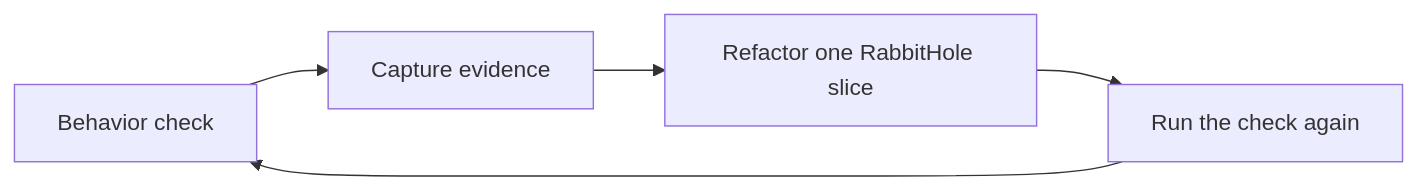
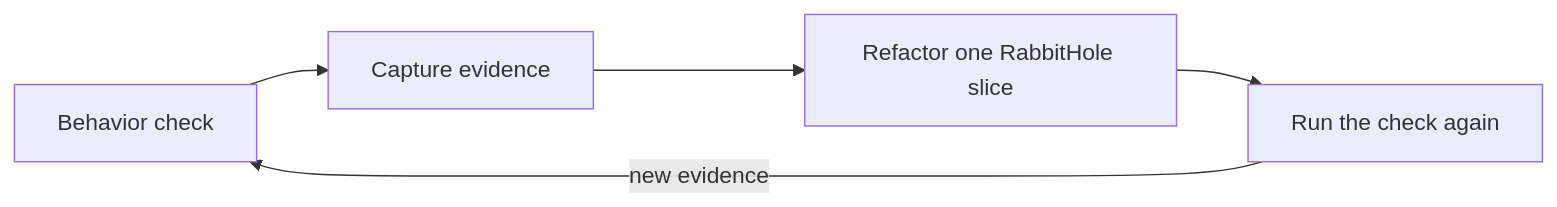
Before and after one commit to rysweet/drinkme: the first of 5 diagrams in README.md, drawn with Mermaid. The commit also changed other lines of this file and 1 other file, not shown here.

````diff
--- a/README.md
+++ b/README.md
@@ -21,5 +21,5 @@
 ```mermaid
 flowchart LR
   Check["Behavior check"] --> Evidence["Capture evidence"] --> Refactor["Refactor one RabbitHole slice"] --> Repeat["Run the check again"]
-  Repeat --> Check
+  Repeat -->|new evidence| Check
 ```
````
